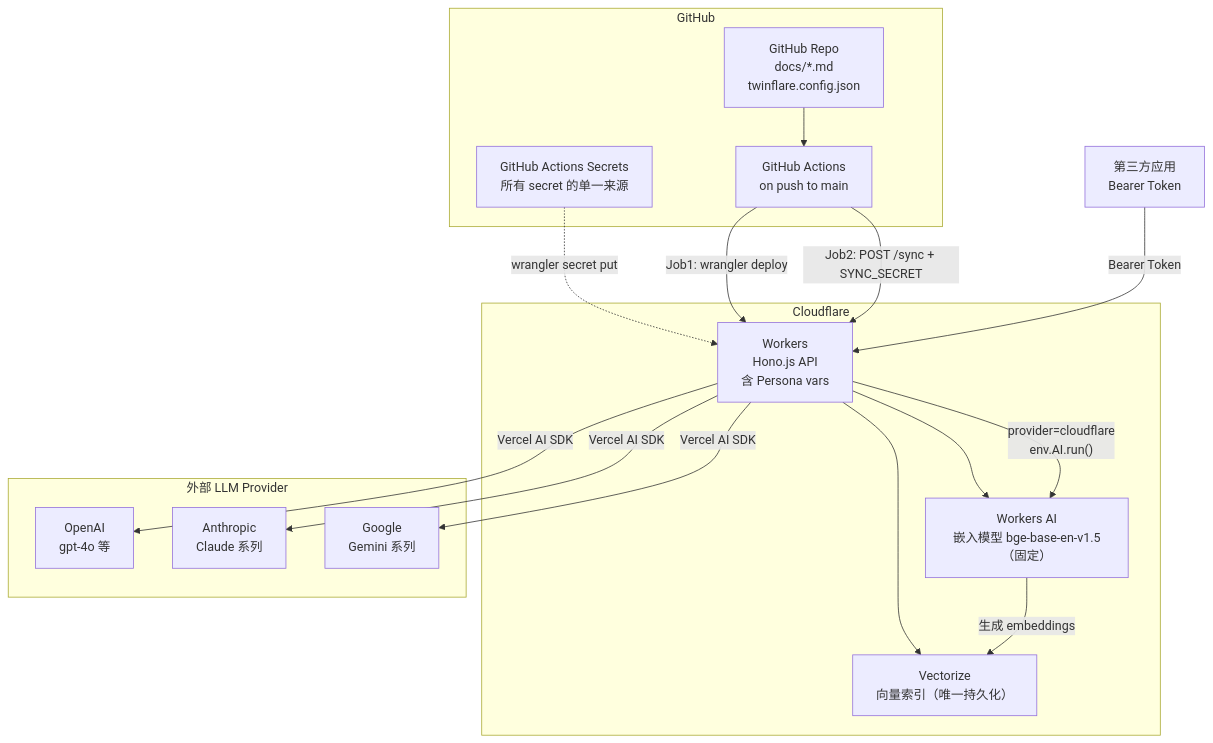
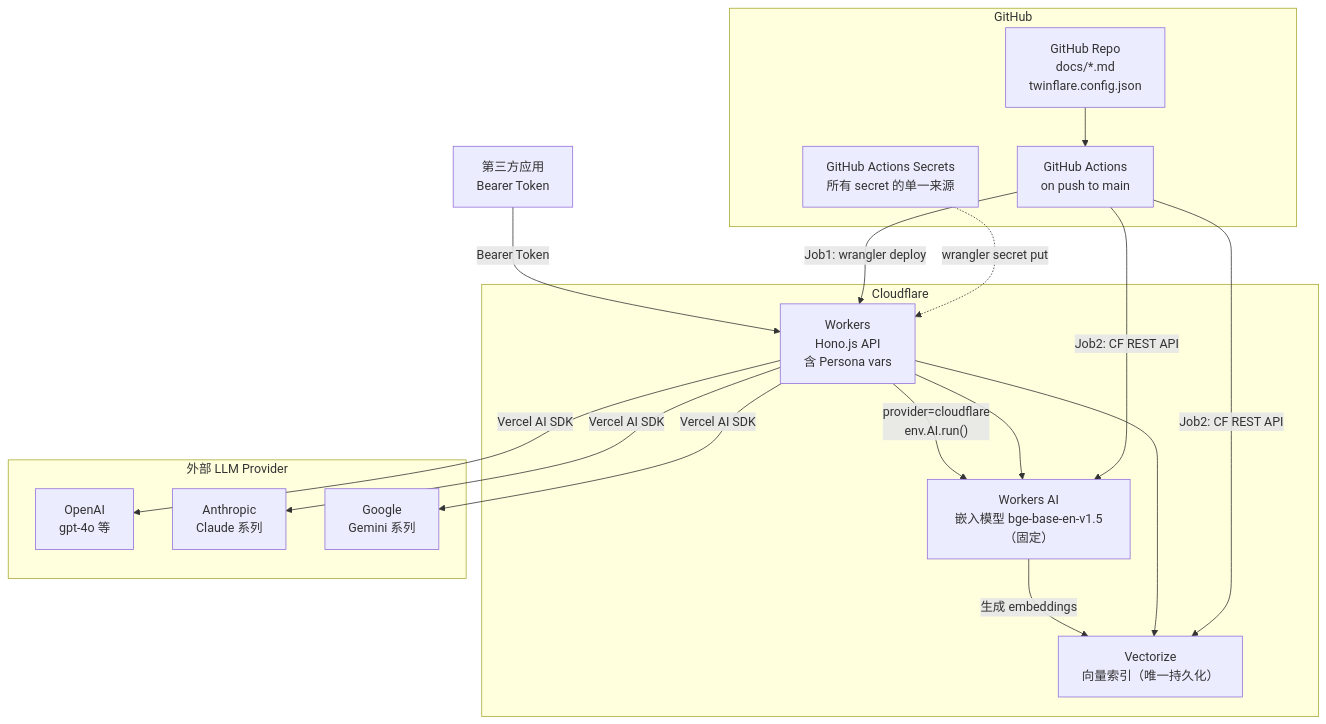
The diagram in PRD.md (Hexi1997/twinflare), drawn with Mermaid before and after one commit. The commit also changed other lines of this file and 14 other files, not shown here.

````diff
--- a/PRD.md
+++ b/PRD.md
@@ -27,35 +27,36 @@
 ```mermaid
 flowchart TD
     subgraph github [GitHub]
         Repo["GitHub Repo\ndocs/*.md\ntwinflare.config.json"]
         Actions["GitHub Actions\non push to main"]
         Secrets["GitHub Actions Secrets\n所有 secret 的单一来源"]
     end
 
     subgraph cf [Cloudflare]
         Worker["Workers\nHono.js API\n含 Persona vars"]
         Vectorize["Vectorize\n向量索引（唯一持久化）"]
         WorkersAI["Workers AI\n嵌入模型 bge-base-en-v1.5（固定）"]
     end
 
     subgraph externalAI [外部 LLM Provider]
         OpenAI["OpenAI\ngpt-4o 等"]
         Anthropic["Anthropic\nClaude 系列"]
         Google["Google\nGemini 系列"]
     end
 
     ExternalApp["第三方应用\nBearer Token"]
 
     Repo --> Actions
     Secrets -.->|"wrangler secret put"| Worker
     Actions -->|"Job1: wrangler deploy"| Worker
-    Actions -->|"Job2: POST /sync + SYNC_SECRET"| Worker
+    Actions -->|"Job2: CF REST API"| Vectorize
+    Actions -->|"Job2: CF REST API"| WorkersAI
     ExternalApp -->|"Bearer Token"| Worker
     Worker --> Vectorize
     Worker --> WorkersAI
     WorkersAI -->|"生成 embeddings"| Vectorize
     Worker -->|"provider=cloudflare\nenv.AI.run()"| WorkersAI
     Worker -->|"Vercel AI SDK"| OpenAI
     Worker -->|"Vercel AI SDK"| Anthropic
     Worker -->|"Vercel AI SDK"| Google
 ```
````
